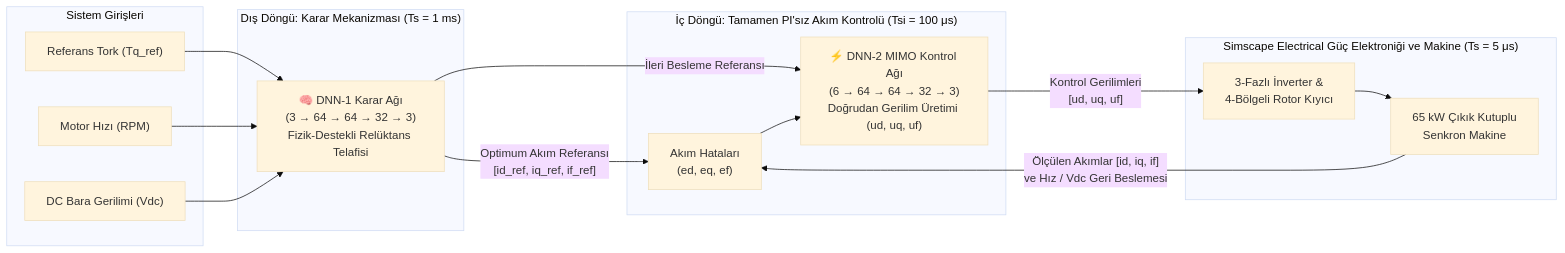
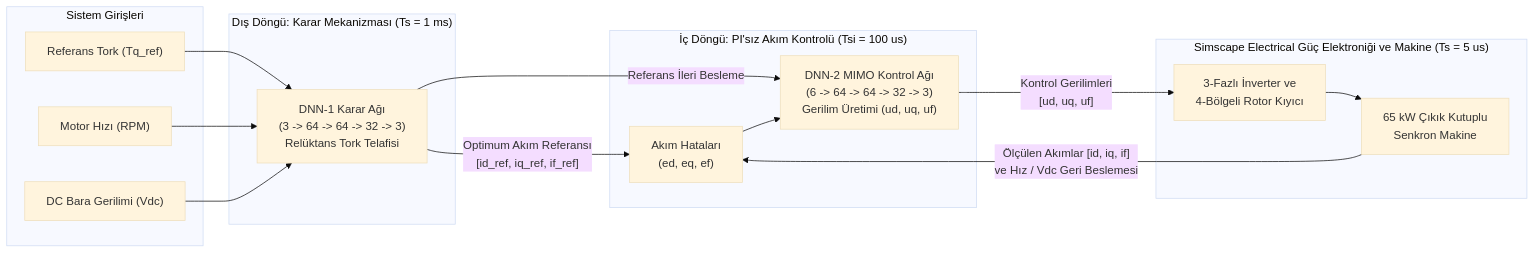
The first of 2 diagrams in README.md (dogukankilinc/Senkron-Makine-YapayZeka-Kontrol-ve-Kestirimci-Bakim), drawn with Mermaid (base theme) before and after one commit. The commit also changed other lines of this file, not shown here.

Commit message:
docs: README sadelestirildi ve MathWorks referans baglantisi eklendi

````diff
--- a/README.md
+++ b/README.md
@@ -22,30 +24,30 @@
 ```mermaid
 flowchart LR
     subgraph Girisler["Sistem Girişleri"]
         Tq["Referans Tork (Tq_ref)"]
         RPM["Motor Hızı (RPM)"]
         Vdc["DC Bara Gerilimi (Vdc)"]
     end
 
     subgraph DisDongu["Dış Döngü: Karar Mekanizması (Ts = 1 ms)"]
-        DNN1["🧠 DNN-1 Karar Ağı<br/>(3 → 64 → 64 → 32 → 3)<br/>Fizik-Destekli Relüktans Telafisi"]
+        DNN1["DNN-1 Karar Ağı<br/>(3 -> 64 -> 64 -> 32 -> 3)<br/>Relüktans Tork Telafisi"]
     end
 
-    subgraph IcDongu["İç Döngü: Tamamen PI'sız Akım Kontrolü (Tsi = 100 μs)"]
+    subgraph IcDongu["İç Döngü: PI'sız Akım Kontrolü (Tsi = 100 us)"]
         Err["Akım Hataları<br/>(ed, eq, ef)"]
-        DNN2["⚡ DNN-2 MIMO Kontrol Ağı<br/>(6 → 64 → 64 → 32 → 3)<br/>Doğrudan Gerilim Üretimi (ud, uq, uf)"]
+        DNN2["DNN-2 MIMO Kontrol Ağı<br/>(6 -> 64 -> 64 -> 32 -> 3)<br/>Gerilim Üretimi (ud, uq, uf)"]
     end
 
-    subgraph FizikselSistem["Simscape Electrical Güç Elektroniği ve Makine (Ts = 5 μs)"]
-        Conv["3-Fazlı İnverter &<br/>4-Bölgeli Rotor Kıyıcı"]
+    subgraph FizikselSistem["Simscape Electrical Güç Elektroniği ve Makine (Ts = 5 us)"]
+        Conv["3-Fazlı İnverter ve<br/>4-Bölgeli Rotor Kıyıcı"]
         SM["65 kW Çıkık Kutuplu<br/>Senkron Makine"]
     end
 
     Tq & RPM & Vdc --> DNN1
     DNN1 -->|"Optimum Akım Referansı<br/>[id_ref, iq_ref, if_ref]"| Err
-    DNN1 -->|"İleri Besleme Referansı"| DNN2
+    DNN1 -->|"Referans İleri Besleme"| DNN2
     Err --> DNN2
     DNN2 -->|"Kontrol Gerilimleri<br/>[ud, uq, uf]"| Conv
     Conv --> SM
     SM -->|"Ölçülen Akımlar [id, iq, if]<br/>ve Hız / Vdc Geri Beslemesi"| Err
 ```
````
